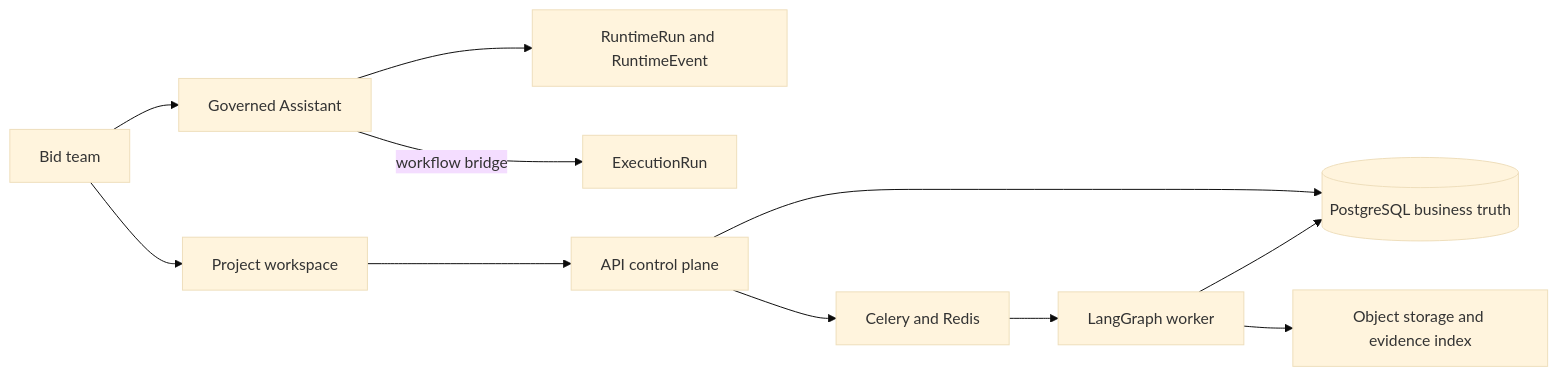
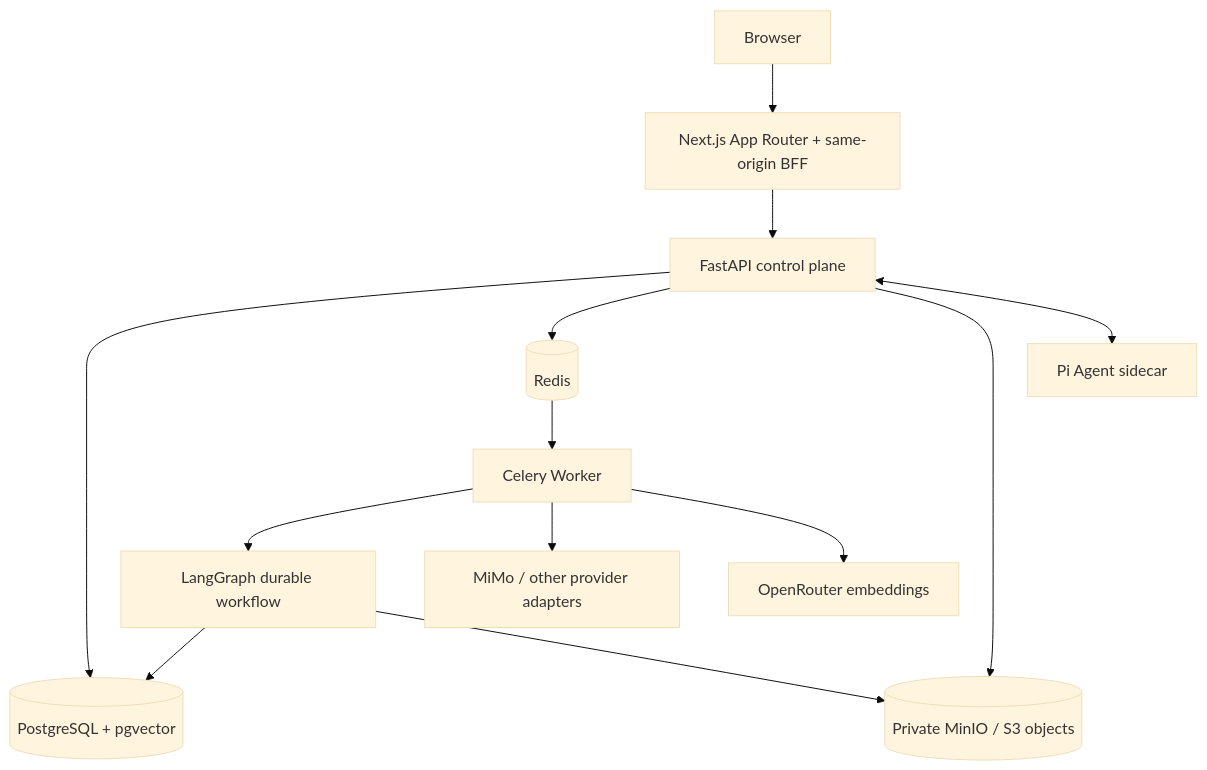
The second of 2 diagrams in README.md (AVIDS2/BidPilot), drawn with Mermaid (base theme) before and after one commit. The commit also changed other lines of this file and 3 other files, not shown here.

````diff
--- a/README.md
+++ b/README.md
@@ -30,13 +82,15 @@
 ```mermaid
-flowchart LR
-  U[Bid team] --> A[Governed Assistant]
-  U --> W[Project workspace]
-  A --> R[RuntimeRun and RuntimeEvent]
-  A -->|workflow bridge| X[ExecutionRun]
-  W --> P[API control plane]
-  P --> DB[(PostgreSQL business truth)]
-  P --> Q[Celery and Redis]
-  Q --> G[LangGraph worker]
-  G --> DB
-  G --> S[Object storage and evidence index]
+flowchart TB
+    U[Browser] --> N[Next.js App Router + same-origin BFF]
+    N --> API[FastAPI control plane]
+    API --> DB[(PostgreSQL + pgvector)]
+    API --> Q[(Redis)]
+    API --> OBJ[(Private MinIO / S3 objects)]
+    API <--> PI[Pi Agent sidecar]
+    Q --> W[Celery Worker]
+    W --> LG[LangGraph durable workflow]
+    LG --> DB
+    LG --> OBJ
+    W --> M[MiMo / other provider adapters]
+    W --> V[OpenRouter embeddings]
 ```
````
